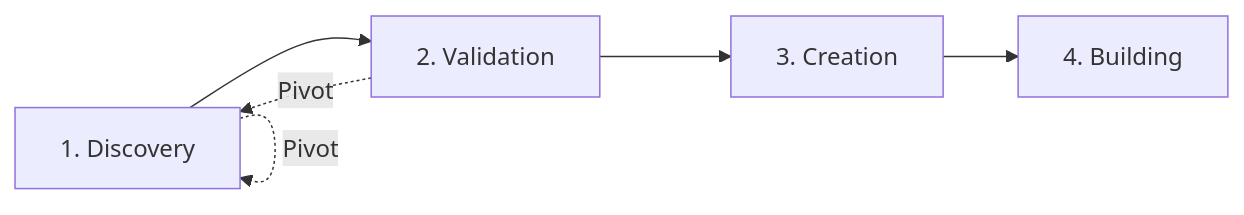
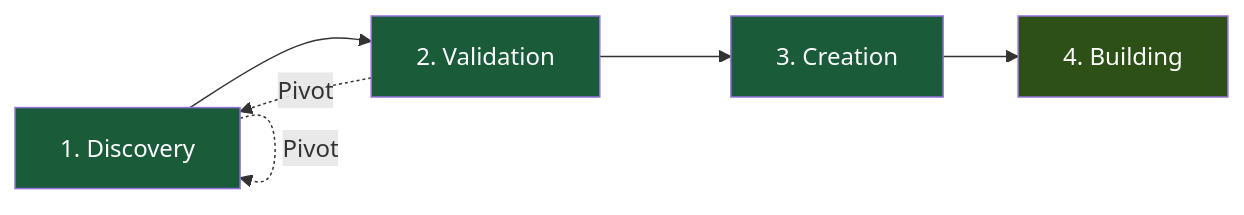
Before and after one commit to AndreyBertasini/gynnitech: the second of 2 diagrams in src/content/corso/analisi-prodotto/cheat-sheet.mdx, drawn with Mermaid. The commit also changed other lines of this file and 21 other files, not shown here.

First line of the commit message:
style: applica color scheme semantico a tutti i diagrammi Mermaid del corso

````diff
--- a/src/content/corso/analisi-prodotto/cheat-sheet.mdx
+++ b/src/content/corso/analisi-prodotto/cheat-sheet.mdx
@@ -161,6 +164,10 @@
 ```mermaid
 graph LR
     D["1. Discovery"] --> V["2. Validation"] --> C["3. Creation"] --> B["4. Building"]
     D -.->|"Pivot"| D
     V -.->|"Pivot"| D
+    style D fill:#1a5c3a,color:#ffffff
+    style V fill:#1a5c3a,color:#ffffff
+    style C fill:#1a5c3a,color:#ffffff
+    style B fill:#2d5016,color:#ffffff
 ```
````
